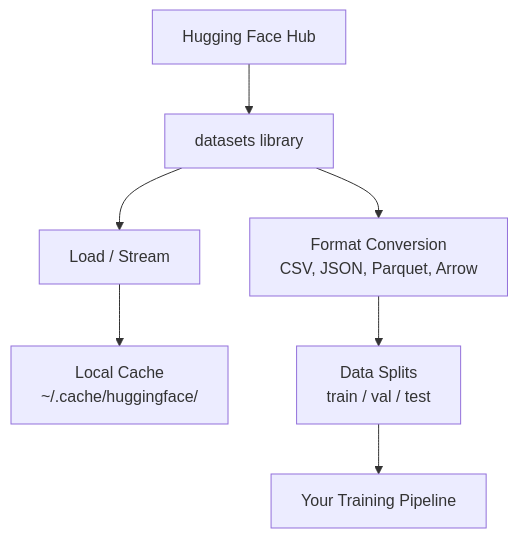
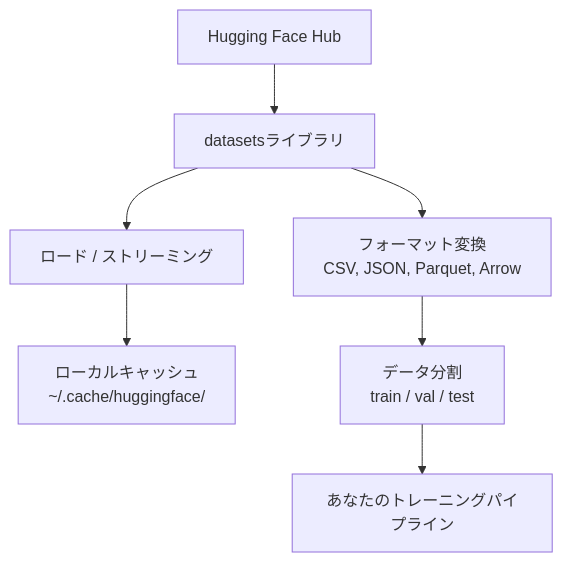
One commit to shoshoshomen/synapse-academy changed the diagram in content/phases/00-setup-and-tooling/09-data-management/lesson.ja.md. Above: the diagram before and after it, drawn with Mermaid. The commit also changed 124 other files, not shown here.

First line of the commit message:
feat(i18n): mermaid図のラベルを日本語化(194レッスン/374図)

````diff
--- a/content/phases/00-setup-and-tooling/09-data-management/lesson.ja.md
+++ b/content/phases/00-setup-and-tooling/09-data-management/lesson.ja.md
@@ -19,9 +19,9 @@
 ```mermaid
 graph TD
-    A["Hugging Face Hub"] --> B["datasets library"]
-    B --> C["Load / Stream"]
-    C --> D["Local Cache<br/>~/.cache/huggingface/"]
-    B --> E["Format Conversion<br/>CSV, JSON, Parquet, Arrow"]
-    E --> F["Data Splits<br/>train / val / test"]
-    F --> G["Your Training Pipeline"]
+    A["Hugging Face Hub"] --> B["datasetsライブラリ"]
+    B --> C["ロード / ストリーミング"]
+    C --> D["ローカルキャッシュ<br/>~/.cache/huggingface/"]
+    B --> E["フォーマット変換<br/>CSV, JSON, Parquet, Arrow"]
+    E --> F["データ分割<br/>train / val / test"]
+    F --> G["あなたのトレーニングパイプライン"]
 ```
````
